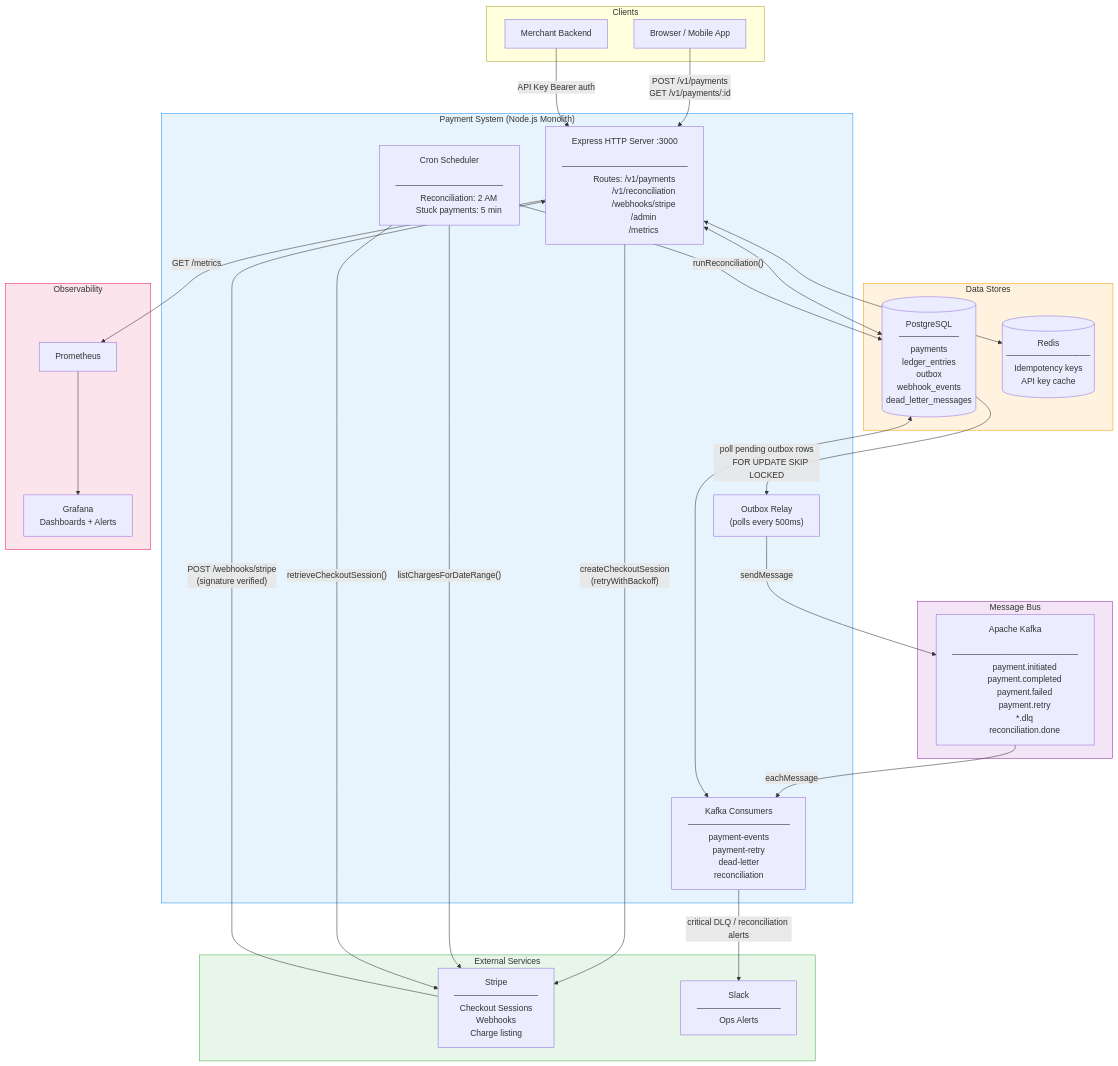
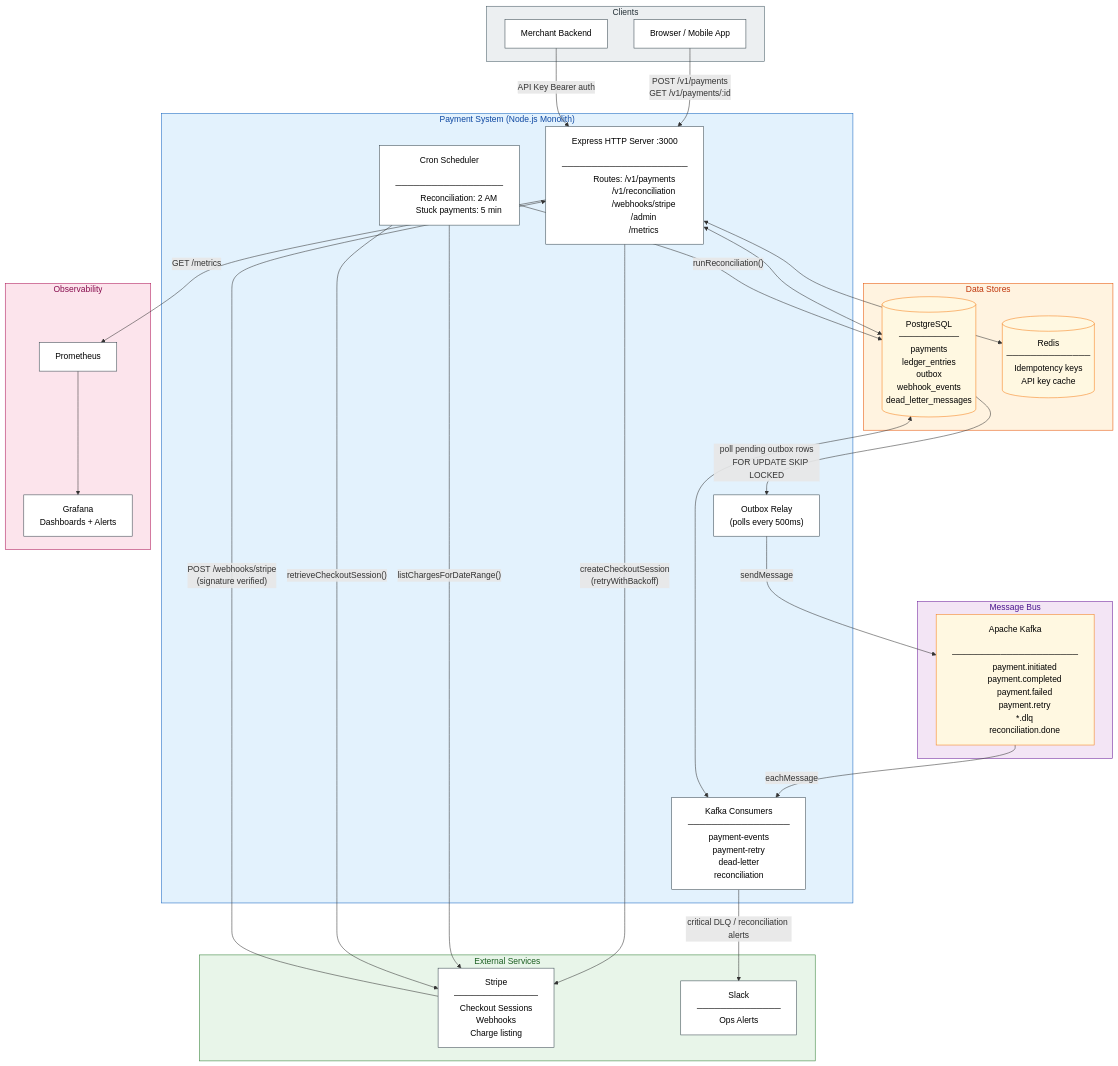
The diagram in docs/01-system-architecture.md (Ravikant0211/payment-system), drawn with Mermaid before and after one commit. The commit also changed 6 other files, not shown here.

Commit message:
wip: update docs/*.md files diagrams

````diff
--- a/docs/01-system-architecture.md
+++ b/docs/01-system-architecture.md
@@ -99,9 +99,15 @@
 
     PROM --> GRAFANA
 
-    style PaymentSystem fill:#e8f4fd,stroke:#2196F3
-    style DataStores fill:#fff3e0,stroke:#FF9800
-    style MsgBus fill:#f3e5f5,stroke:#9C27B0
-    style External fill:#e8f5e9,stroke:#4CAF50
-    style Observability fill:#fce4ec,stroke:#E91E63
+    classDef default fill:#ffffff,stroke:#37474F,color:#000000
+    classDef db fill:#FFF8E1,stroke:#F57F17,color:#000000
+
+    class PG,REDIS,KAFKA db
+
+    style PaymentSystem fill:#E3F2FD,stroke:#1565C0,color:#0D47A1
+    style DataStores fill:#FFF3E0,stroke:#E65100,color:#BF360C
+    style MsgBus fill:#F3E5F5,stroke:#6A1B9A,color:#4A148C
+    style External fill:#E8F5E9,stroke:#2E7D32,color:#1B5E20
+    style Observability fill:#FCE4EC,stroke:#AD1457,color:#880E4F
+    style Clients fill:#ECEFF1,stroke:#455A64,color:#263238
 ```
````
